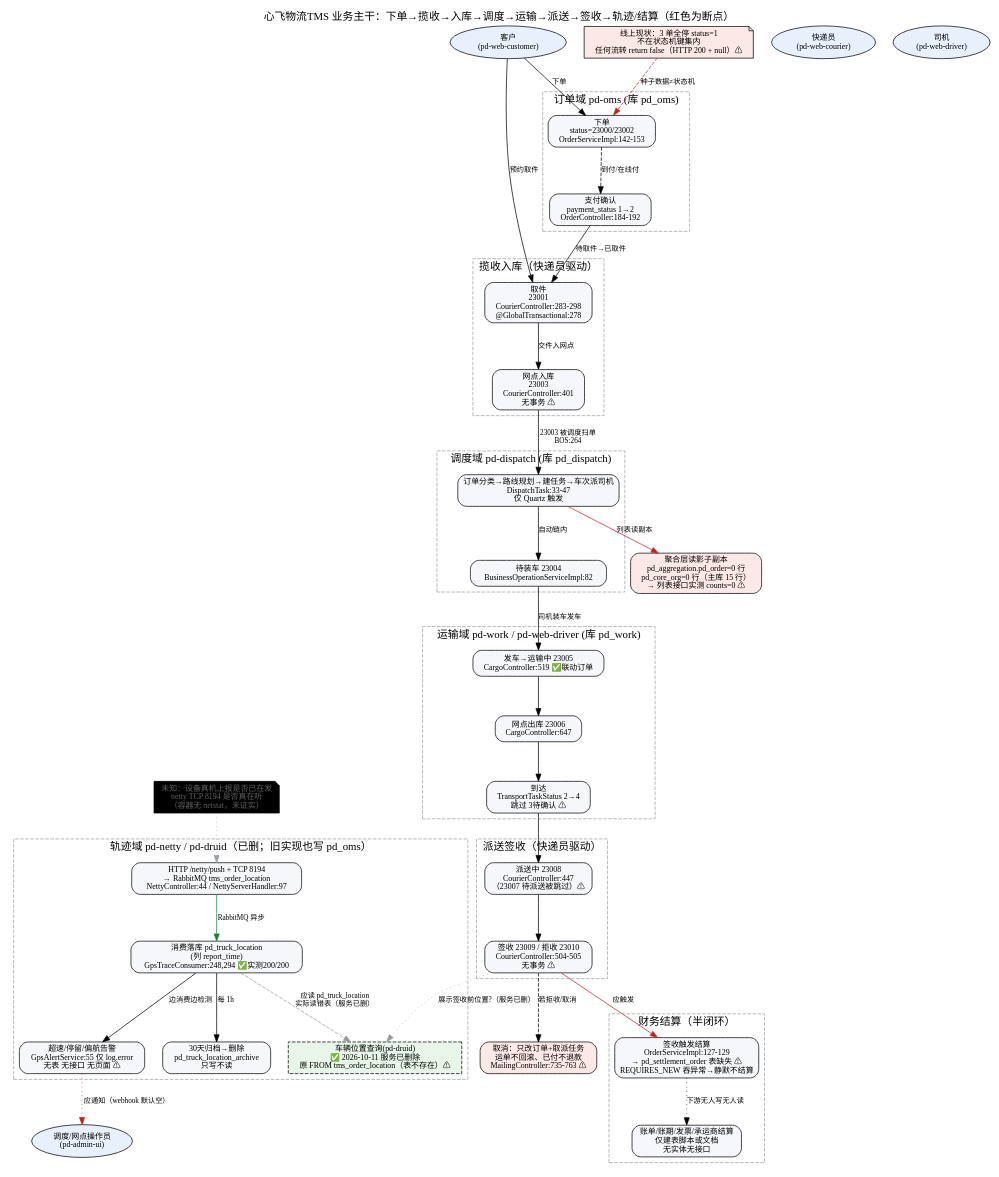
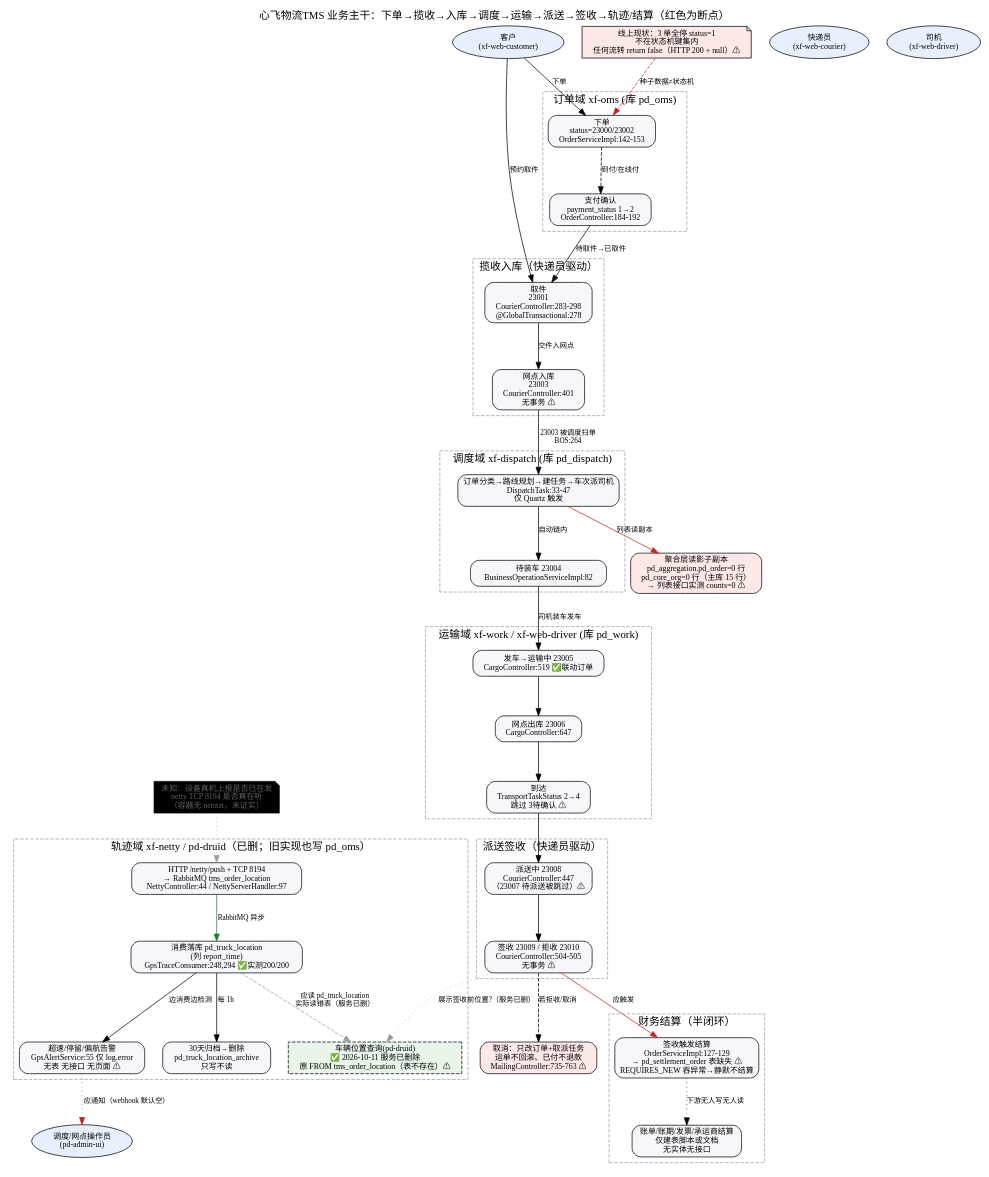
Before and after one commit to itxinfei/pinda-tms: the diagram in docs/architecture/business-flow.dot, drawn with Graphviz. The commit also changed 26 other files, not shown here.

```diff
--- a/docs/architecture/business-flow.dot
+++ b/docs/architecture/business-flow.dot
@@ -1,85 +1,85 @@
 // 🔴 2026-10-10 注：本图为重构前快照。数据库已由各域分库重构为单一物理库 xinfei_tms（51 表）+ tenant_id 多租户；下方 cluster 标签里的"(库 pd_oms)"等旧库名仅作历史标注，业务流本身仍成立。现行库口径见 docs/02、《需求文档/45》。
 // 心飞物流TMS 端到端业务流（current-state，证据标注版）· 重构前快照
 // 生成：flow-visualizer + graphviz；基线 ecd6725 + 192.168.20.130 实测（2026-10-08）
 // 读法：实线=代码路径已证实；虚线=推断/待验证；点线=应发生但没有实现；
 //       红色节点=断点；灰色=线上无数据（该环节从未真实走通）
 digraph tms_business_flow {
   rankdir=TB;
   nodesep=0.35; ranksep=0.75;
   graph [fontname="Microsoft YaHei", labelloc=t, fontsize=15,
          label="心飞物流TMS 业务主干：下单→揽收→入库→调度→运输→派送→签收→轨迹/结算（红色为断点）"];
   node  [fontname="Microsoft YaHei", fontsize=11, shape=box, style="rounded,filled", fillcolor="#f5f7fa"];
   edge  [fontname="Microsoft YaHei", fontsize=10];
 
   // ---------- 角色 ----------
-  customer [label="客户\n(pd-web-customer)", shape=ellipse, fillcolor="#e8f0fe"];
+  customer [label="客户\n(xf-web-customer)", shape=ellipse, fillcolor="#e8f0fe"];
   dispatcher [label="调度/网点操作员\n(pd-admin-ui)", shape=ellipse, fillcolor="#e8f0fe"];
-  courier [label="快递员\n(pd-web-courier)", shape=ellipse, fillcolor="#e8f0fe"];
-  driver [label="司机\n(pd-web-driver)", shape=ellipse, fillcolor="#e8f0fe"];
+  courier [label="快递员\n(xf-web-courier)", shape=ellipse, fillcolor="#e8f0fe"];
+  driver [label="司机\n(xf-web-driver)", shape=ellipse, fillcolor="#e8f0fe"];
 
   // ---------- 主干业务步骤 ----------
-  subgraph cluster_order { label="订单域 pd-oms (库 pd_oms)"; style=dashed; color="#9aa0a6";
+  subgraph cluster_order { label="订单域 xf-oms (库 pd_oms)"; style=dashed; color="#9aa0a6";
     create [label="下单\nstatus=23000/23002\nOrderServiceImpl:142-153"];
     pay [label="支付确认\npayment_status 1→2\nOrderController:184-192"];
   }
   subgraph cluster_pickup { label="揽收入库（快递员驱动）"; style=dashed; color="#9aa0a6";
     picked [label="取件\n23001\nCourierController:283-298\n@GlobalTransactional:278"];
     inbound [label="网点入库\n23003\nCourierController:401\n无事务 ⚠"];
   }
-  subgraph cluster_dispatch { label="调度域 pd-dispatch (库 pd_dispatch)"; style=dashed; color="#9aa0a6";
+  subgraph cluster_dispatch { label="调度域 xf-dispatch (库 pd_dispatch)"; style=dashed; color="#9aa0a6";
     classify [label="订单分类→路线规划→建任务→车次派司机\nDispatchTask:33-47\n仅 Quartz 触发"];
     toload [label="待装车 23004\nBusinessOperationServiceImpl:82"];
   }
-  subgraph cluster_transit { label="运输域 pd-work / pd-web-driver (库 pd_work)"; style=dashed; color="#9aa0a6";
+  subgraph cluster_transit { label="运输域 xf-work / xf-web-driver (库 pd_work)"; style=dashed; color="#9aa0a6";
     depart [label="发车→运输中 23005\nCargoController:519 ✅联动订单"];
     exware [label="网点出库 23006\nCargoController:647"];
     arrive [label="到达\nTransportTaskStatus 2→4\n跳过 3待确认 ⚠"];
   }
   subgraph cluster_delivery { label="派送签收（快递员驱动）"; style=dashed; color="#9aa0a6";
     dispatching [label="派送中 23008\nCourierController:447\n（23007 待派送被跳过）⚠"];
     signed [label="签收 23009 / 拒收 23010\nCourierController:504-505\n无事务 ⚠"];
   }
-  subgraph cluster_trace { label="轨迹域 pd-netty / pd-druid（已删；旧实现也写 pd_oms）"; style=dashed; color="#9aa0a6";
+  subgraph cluster_trace { label="轨迹域 xf-netty / pd-druid（已删；旧实现也写 pd_oms）"; style=dashed; color="#9aa0a6";
     gpsin [label="HTTP /netty/push + TCP 8194\n→ RabbitMQ tms_order_location\nNettyController:44 / NettyServerHandler:97"];
     store [label="消费落库 pd_truck_location\n(列 report_time)\nGpsTraceConsumer:248,294 ✅实测200/200"];
     alert [label="超速/停留/偏航告警\nGpsAlertService:55 仅 log.error\n无表 无接口 无页面 ⚠"];
     druid [label="车辆位置查询(pd-druid)\n✅ 2026-10-11 服务已删除\n原 FROM tms_order_location（表不存在）⚠", style="filled,dashed", fillcolor="#e8f5e9"];
     archive [label="30天归档→删除\npd_truck_location_archive\n只写不读"];
   }
   subgraph cluster_finance { label="财务结算（半闭环）"; style=dashed; color="#9aa0a6";
     settle [label="签收触发结算\nOrderServiceImpl:127-129\n→ pd_settlement_order 表缺失 ⚠\nREQUIRES_NEW 吞异常→静默不结算"];
     bills [label="账单/账期/发票/承运商结算\n仅建表脚本或文档\n无实体无接口"];
   }
 
   dead [label="聚合层读影子副本\npd_aggregation.pd_order=0 行\npd_core_org=0 行（主库 15 行）\n→ 列表接口实测 counts=0 ⚠",
         fillcolor="#fde8e8", shape=box];
   seed [label="线上现状：3 单全停 status=1\n不在状态机键集内\n任何流转 return false（HTTP 200 + null）⚠",
         fillcolor="#fce8e6", shape=note];
   refund [label="取消：只改订单+取派任务\n运单不回滚、已付不退款\nMailingController:735-763 ⚠", fillcolor="#fde8e8"];
   unkn [label="未知：设备真机上报是否已在发\nnetty TCP 8194 是否真在听\n（容器无 netstat，未证实）", shape=note, fillcolor="#eee", fontcolor="#606060"];
 
   // ---------- 主干流转（实线=已证实） ----------
   customer -> create [label="下单"];
   create -> pay [label="到付/在线付", style=dashed];
   customer -> picked [label="预约取件"];
   pay -> picked [label="待取件→已取件"];
   picked -> inbound [label="交件入网点"];
   inbound -> classify [label="23003 被调度扫单\nBOS:264"];
   classify -> toload [label="自动链内"];
   toload -> depart [label="司机装车发车"];
   depart -> exware -> arrive -> dispatching -> signed;
   signed -> settle [label="应触发", color="#c5221f"];
   signed -> druid [label="展示签收前位置?（服务已删）", style=dotted, color="#999999"];
 
   // ---------- 异步旁路 ----------
   gpsin -> store [label="RabbitMQ 异步", color="#188038"];
   store -> alert [label="边消费边检测"];
   store -> archive [label="每 1h"];
   store -> druid [label="应读 pd_truck_location\n实际读错表（服务已删）", color="#999999", style=dashed];
   alert -> dispatcher [label="应通知（webhook 默认空）", style=dotted, color="#c5221f"];
   settle -> bills [label="下游无人写无人读", style=dotted];
   signed -> refund [label="若拒收/取消", style=dashed];
   classify -> dead [label="列表读副本", color="#c5221f"];
   seed -> create [label="种子数据≠状态机", style=dashed, color="#c5221f"];
   unkn -> gpsin [style=dotted, color="#9aa0a6"];
 }
```
